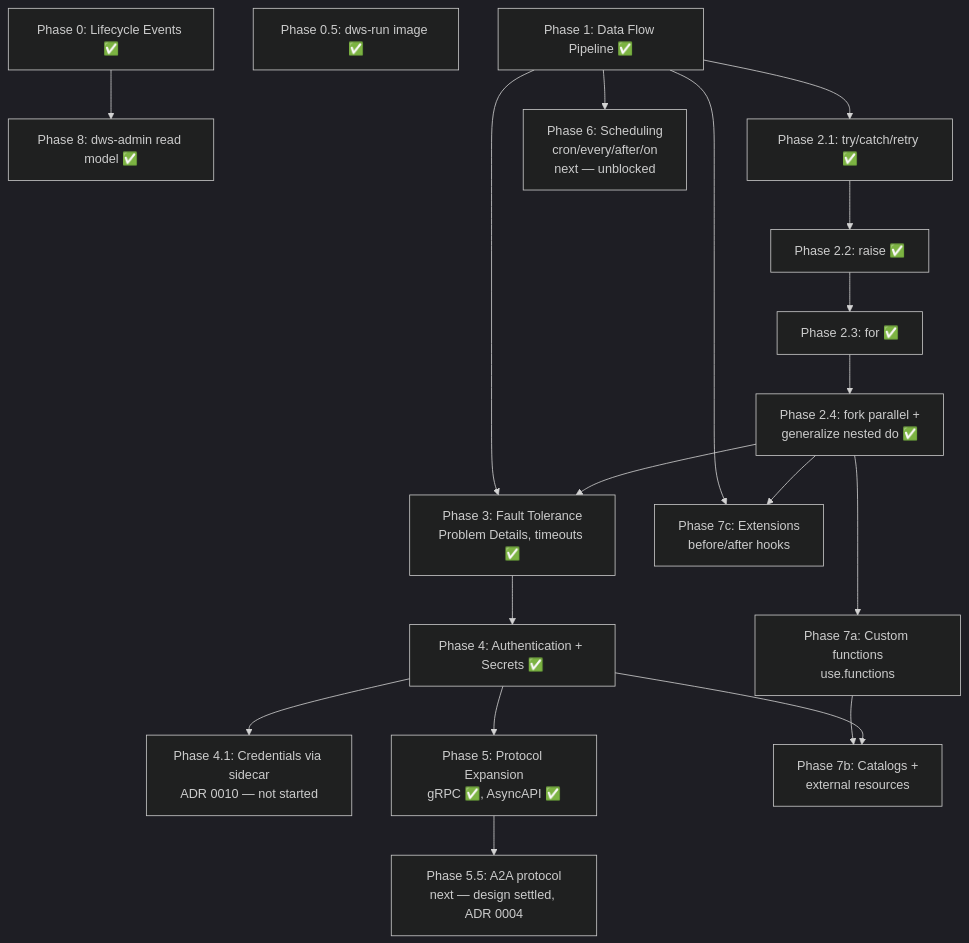
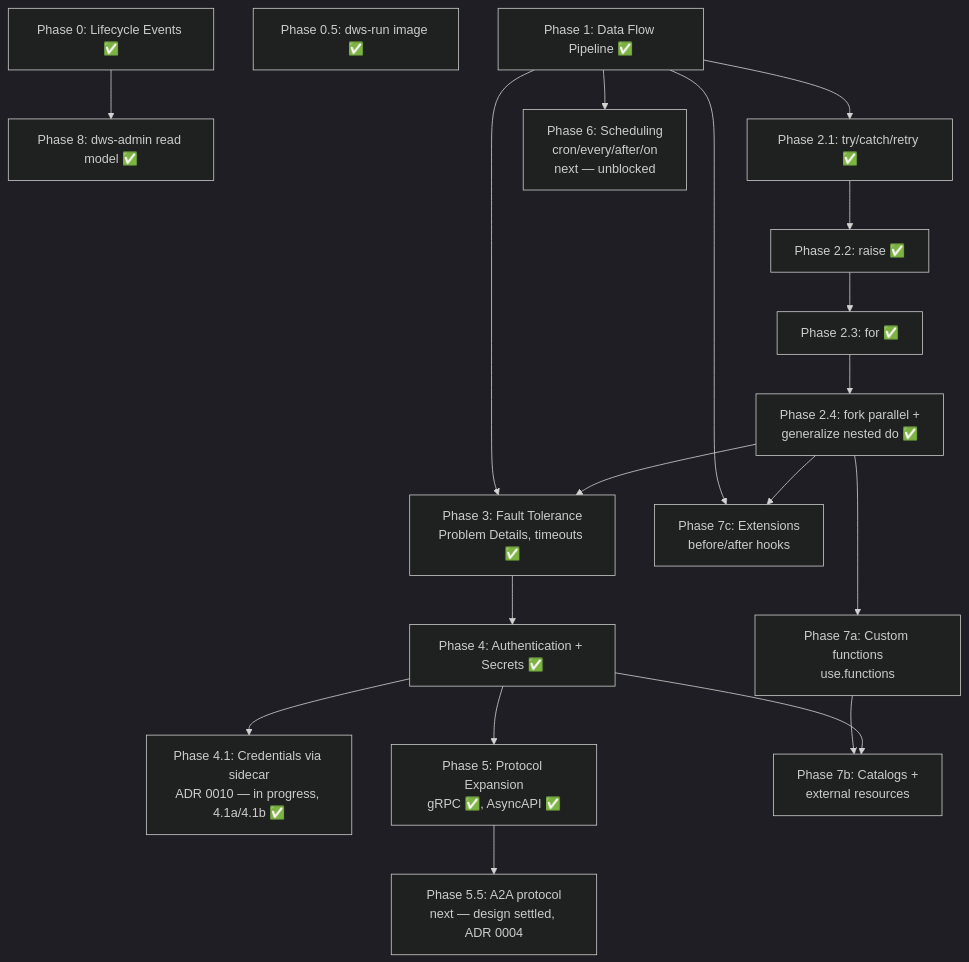
One commit to tonylibs/dapr-workflow-spec changed the diagram in docs/roadmaps/openworkflow-features.md. Above: the diagram before and after it, drawn with Mermaid (dark theme). The commit also changed other lines of this file and 1 other file, not shown here.

Commit message:
docs(main): update progress

````diff
--- a/docs/roadmaps/openworkflow-features.md
+++ b/docs/roadmaps/openworkflow-features.md
@@ -50,21 +50,21 @@
 ```mermaid
 flowchart TD
   P0[Phase 0: Lifecycle Events ✅] --> P8[Phase 8: dws-admin read model ✅]
   P05[Phase 0.5: dws-run image ✅]
   P1[Phase 1: Data Flow Pipeline ✅] --> P2a[Phase 2.1: try/catch/retry ✅]
   P2a --> P2b[Phase 2.2: raise ✅]
   P2b --> P2c[Phase 2.3: for ✅]
   P2c --> P2d[Phase 2.4: fork parallel +<br/>generalize nested do ✅]
   P1 --> P3[Phase 3: Fault Tolerance<br/>Problem Details, timeouts ✅]
   P2d --> P3
   P3 --> P4[Phase 4: Authentication + Secrets ✅]
-  P4 --> P41[Phase 4.1: Credentials via sidecar<br/>ADR 0010 — not started]
+  P4 --> P41[Phase 4.1: Credentials via sidecar<br/>ADR 0010 — in progress, 4.1a/4.1b ✅]
   P4 --> P5[Phase 5: Protocol Expansion<br/>gRPC ✅, AsyncAPI ✅]
   P5 --> P55[Phase 5.5: A2A protocol<br/>next — design settled, ADR 0004]
   P1 --> P6[Phase 6: Scheduling<br/>cron/every/after/on<br/>next — unblocked]
   P2d --> P7a[Phase 7a: Custom functions<br/>use.functions]
   P7a --> P7b[Phase 7b: Catalogs +<br/>external resources]
   P4 --> P7b
   P1 --> P7c[Phase 7c: Extensions<br/>before/after hooks]
   P2d --> P7c
 ```
````
